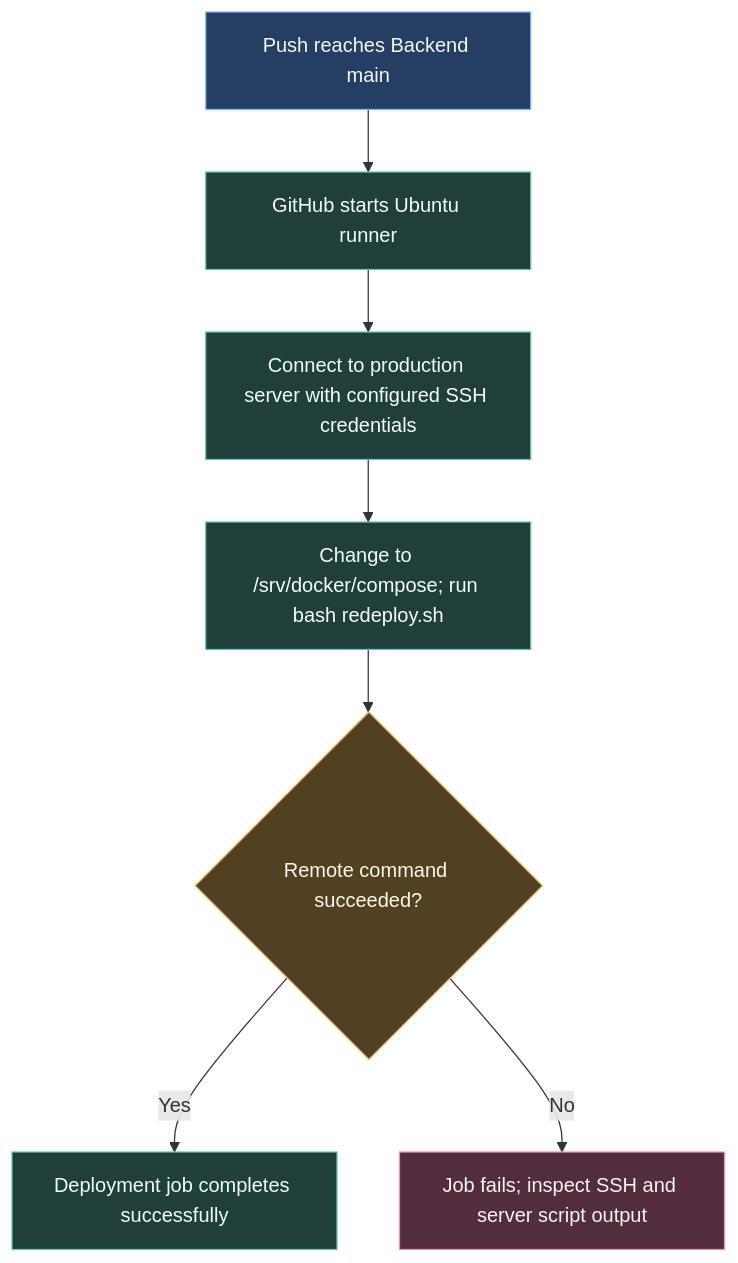
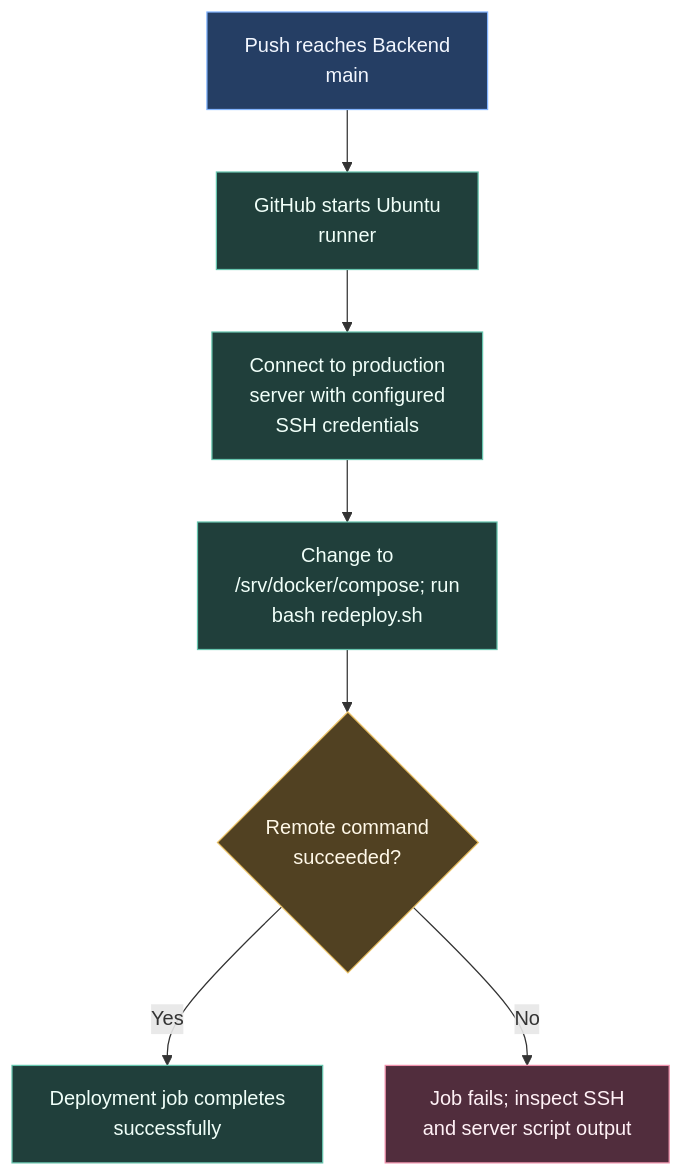
Before and after one commit to ARTTU-Software/.github: the diagram in docs/ci/backend-deployment.md, drawn with Mermaid. The commit also changed 12 other files, not shown here.

Commit message:
docs: keep diagram labels readable within their nodes

````diff
--- a/docs/ci/backend-deployment.md
+++ b/docs/ci/backend-deployment.md
@@ -10,17 +10,17 @@
 ```mermaid
 flowchart TB
-    PUSH["Push reaches Backend main"] --> RUNNER["GitHub starts Ubuntu runner"]
-    RUNNER --> SSH["Connect to production server with configured SSH credentials"]
-    SSH --> SCRIPT["Change to /srv/docker/compose; run bash redeploy.sh"]
-    SCRIPT --> RESULT{"Remote command succeeded?"}
-    RESULT -->|Yes| PASS["Deployment job completes successfully"]
-    RESULT -->|No| FAIL["Job fails; inspect SSH and server script output"]
+    PUSH["Push reaches Backend<br/>main"] --> RUNNER["GitHub starts Ubuntu<br/>runner"]
+    RUNNER --> SSH["Connect to production<br/>server with configured<br/>SSH credentials"]
+    SSH --> SCRIPT["Change to<br/>/srv/docker/compose; run<br/>bash redeploy.sh"]
+    SCRIPT --> RESULT{"Remote command<br/>succeeded?"}
+    RESULT -->|Yes| PASS["Deployment job completes<br/>successfully"]
+    RESULT -->|No| FAIL["Job fails; inspect SSH<br/>and server script output"]
     classDef event fill:#253e64,stroke:#82b4ff,color:#f3f7ff
     classDef work fill:#203f3b,stroke:#66c5ae,color:#f0fff9
     classDef check fill:#514122,stroke:#e8bf63,color:#fff8e8
     classDef failure fill:#512d3d,stroke:#ef91ac,color:#fff1f6
     class PUSH event
     class RUNNER,SSH,SCRIPT,PASS work
     class RESULT check
     class FAIL failure
 ```
````
